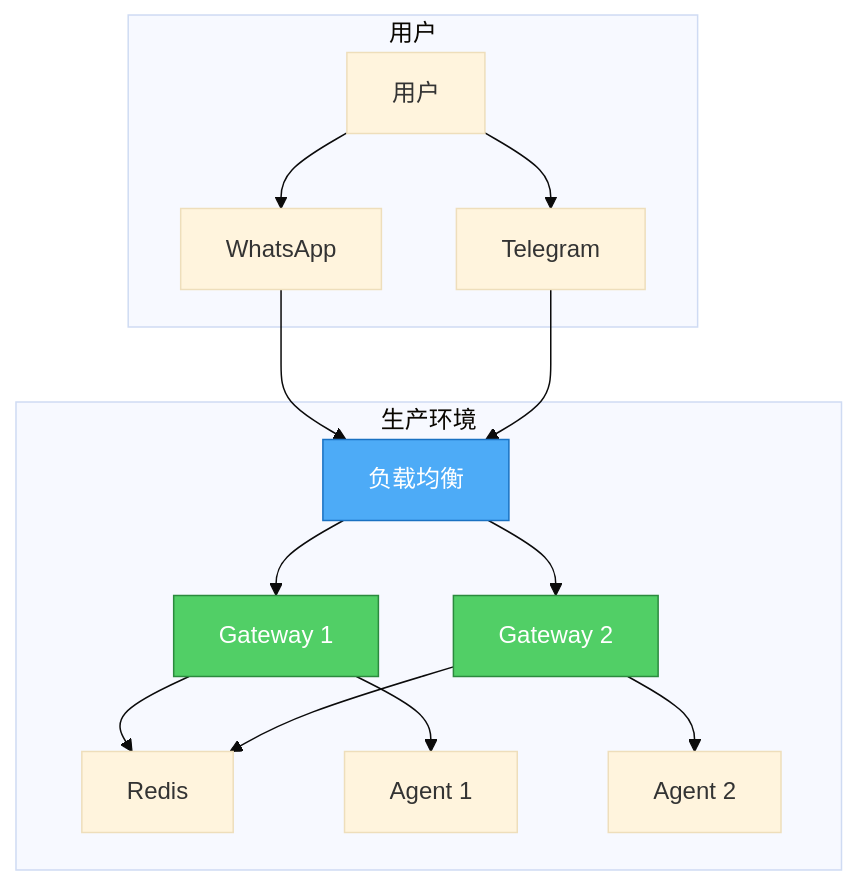
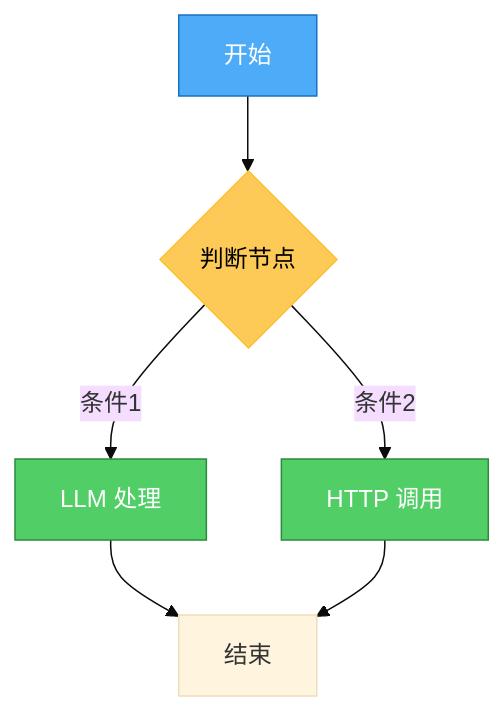
One commit to FreezeSoul/freezesoul.github.com changed the eighth of 9 diagrams in _posts/2026-03-01-openclaw-agent-gateway.md. Above: the diagram before and after it, drawn with Mermaid (base theme). The commit also changed other lines of this file, not shown here.

Commit message:
feat: 重写 OpenClaw 架构文章（Agent 核心 + B/C 端对比）

````diff
--- a/_posts/2026-03-01-openclaw-agent-gateway.md
+++ b/_posts/2026-03-01-openclaw-agent-gateway.md
@@ -622,28 +392,13 @@
 ```mermaid
 graph TD
-    subgraph 生产环境
-        LB[负载均衡]
-        G1[Gateway 1]
-        G2[Gateway 2]
-        LB --> G1
-        LB --> G2
-        
-        G1 --> R[Redis]
-        G2 --> R
-        
-        G1 --> A1[Agent 1]
-        G2 --> A2[Agent 2]
-    end
+    A[开始] --> B{判断节点}
+    B -->|条件1| C[LLM 处理]
+    B -->|条件2| D[HTTP 调用]
+    C --> E[结束]
+    D --> E
     
-    subgraph 用户
-        U[用户] --> WA[WhatsApp]
-        U --> TG[Telegram]
-    end
-    
-    WA --> LB
-    TG --> LB
-    
-    style LB fill:#4dabf7,stroke:#1971c2,color:#fff
-    style G1 fill:#51cf66,stroke:#2b8a3e,color:#fff
-    style G2 fill:#51cf66,stroke:#2b8a3e,color:#fff
+    style A fill:#4dabf7,stroke:#1971c2,color:#fff
+    style B fill:#feca57,stroke:#fbc02d,color:#000
+    style C fill:#51cf66,stroke:#2b8a3e,color:#fff
+    style D fill:#51cf66,stroke:#2b8a3e,color:#fff
 ```
````
